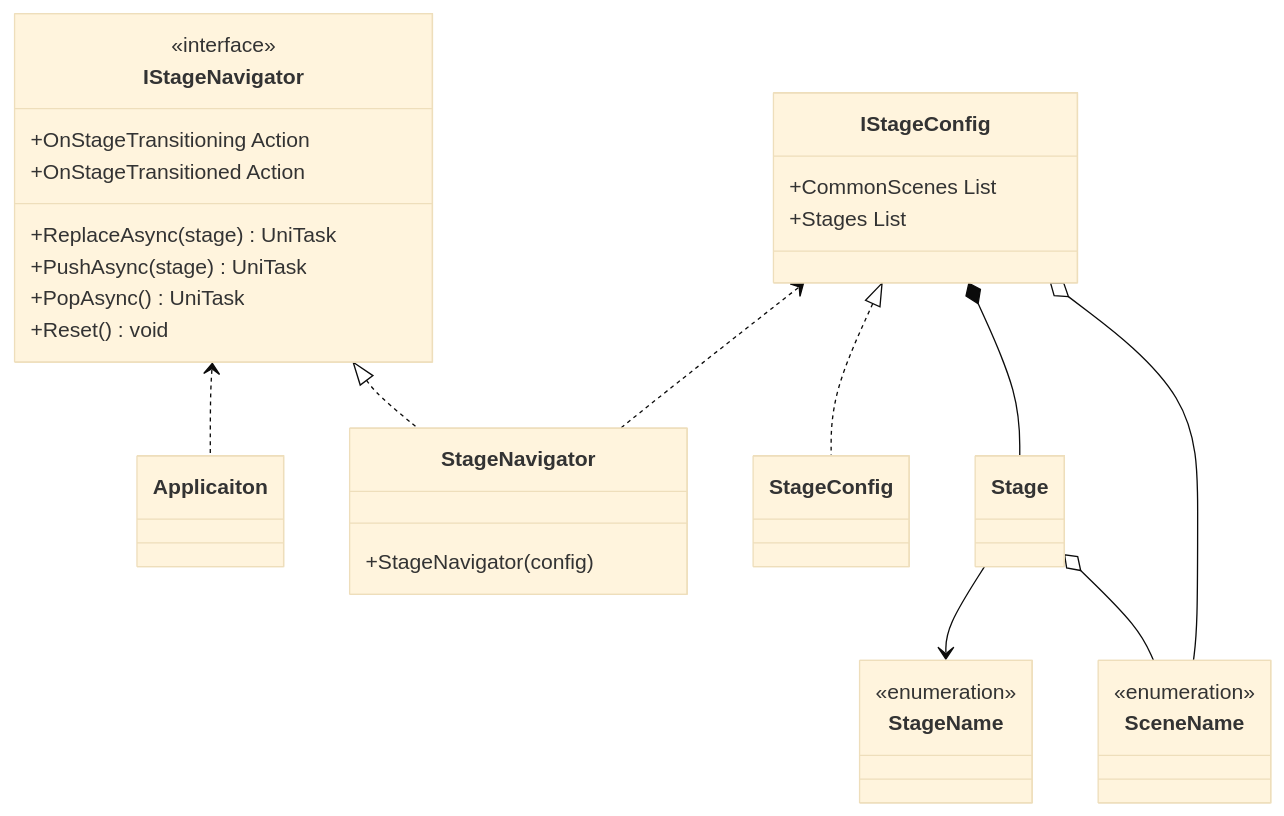
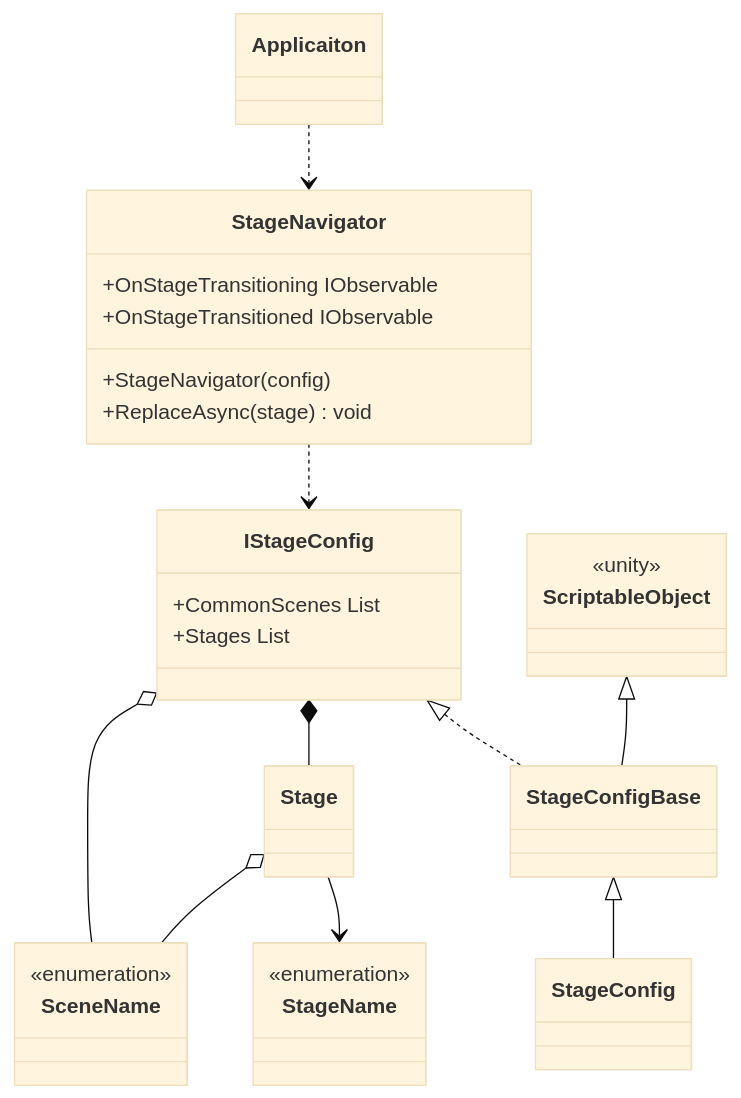
Before and after one commit to extreal-dev/Extreal.Guide: the first of 2 diagrams in docs/core/stage-navigation.md, drawn with Mermaid (base theme). The commit also changed other lines of this file and 17 other files, not shown here.

````diff
--- a/docs/core/stage-navigation.md
+++ b/docs/core/stage-navigation.md
@@ -28,48 +27,50 @@
 ```mermaid
 classDiagram
 
-    IStageNavigator <.. Applicaiton
-    IStageNavigator <|.. StageNavigator
-    IStageConfig <.. StageNavigator
-    IStageConfig <|.. StageConfig
+    Applicaiton ..> StageNavigator
+    StageNavigator ..> IStageConfig
+    IStageConfig <|.. StageConfigBase
+    StageConfigBase <|-- StageConfig
+    ScriptableObject <|-- StageConfigBase
     IStageConfig *-- Stage
     IStageConfig o-- SceneName
     Stage --> StageName
     Stage o-- SceneName
 
     class Applicaiton {
     }
 
     class StageName {
         <<enumeration>>
     }
 
     class SceneName {
         <<enumeration>>
     }
 
     class StageConfig {
     }
 
-    class IStageNavigator {
-        <<interface>>
-        +OnStageTransitioning Action
-        +OnStageTransitioned Action
-        +ReplaceAsync(stage) UniTask
-        +PushAsync(stage) UniTask
-        +PopAsync() UniTask
-        +Reset() void
+    class StageNavigator {
+        +OnStageTransitioning IObservable
+        +OnStageTransitioned IObservable
+        +StageNavigator(config)
+        +ReplaceAsync(stage) void
     }
 
     class IStageConfig {
         +CommonScenes List
         +Stages List
     }
 
+    class StageConfigBase {
+        
+    }
+
+    class ScriptableObject {
+        <<unity>>
+    }
+
     class Stage {
     }
-
-    class StageNavigator {
-        +StageNavigator(config)
-    }
 ```
````
